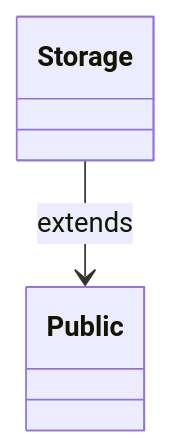
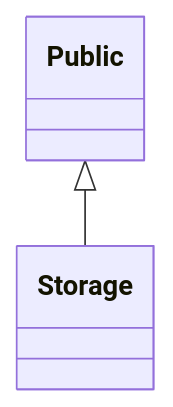
One commit to release-art/pydantic-prism changed the first of 2 diagrams in examples/custom_base/README.md. Above: the diagram before and after it, drawn with Mermaid. The commit also changed 14 other files, not shown here.

````diff
--- a/examples/custom_base/README.md
+++ b/examples/custom_base/README.md
@@ -7,7 +7,7 @@
 ```mermaid
 classDiagram
     direction TB
     class Public
     class Storage
-    Storage --> Public : extends
+    Public <|-- Storage
 ```
````
